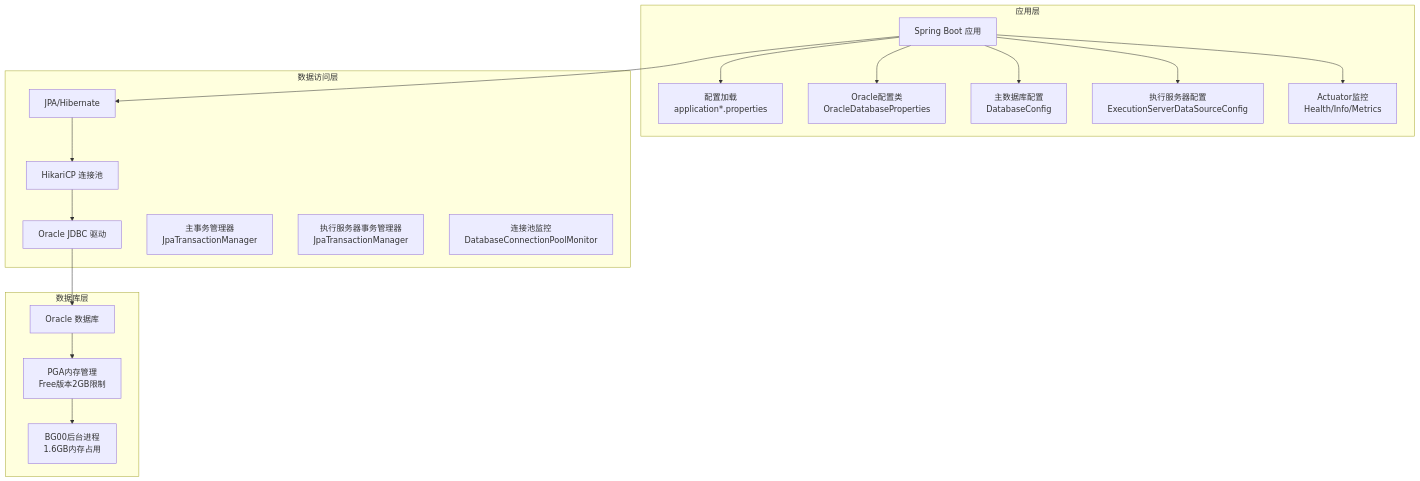
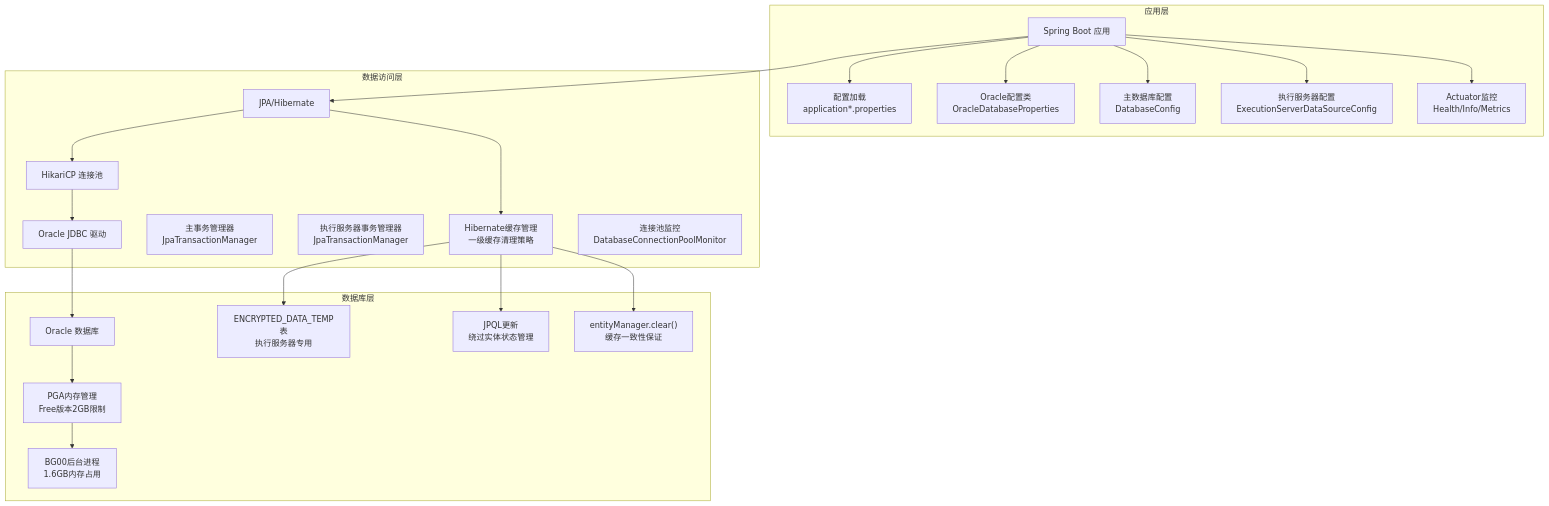
Before and after one commit to liuzh2008/med_ai_assistant_workspace: the second of 4 diagrams in .qoder/repowiki/zh/content/配置管理/数据库配置.md, drawn with Mermaid. The commit also changed other lines of this file and 5 other files, not shown here.

````diff
--- a/.qoder/repowiki/zh/content/配置管理/数据库配置.md
+++ b/.qoder/repowiki/zh/content/配置管理/数据库配置.md
@@ -144,35 +167,43 @@
 ```mermaid
 graph TB
 subgraph "应用层"
 APP["Spring Boot 应用"]
 CFG["配置加载<br/>application*.properties"]
 ORACLE_CFG["Oracle配置类<br/>OracleDatabaseProperties"]
 DB_CONFIG["主数据库配置<br/>DatabaseConfig"]
 EXEC_CONFIG["执行服务器配置<br/>ExecutionServerDataSourceConfig"]
 ENDPOINT["Actuator监控<br/>Health/Info/Metrics"]
 end
 subgraph "数据访问层"
 JPA["JPA/Hibernate"]
 HIK["HikariCP 连接池"]
 DRV["Oracle JDBC 驱动"]
 TXN_MAIN["主事务管理器<br/>JpaTransactionManager"]
 TXN_EXEC["执行服务器事务管理器<br/>JpaTransactionManager"]
+CACHE["Hibernate缓存管理<br/>一级缓存清理策略"]
 MONITOR["连接池监控<br/>DatabaseConnectionPoolMonitor"]
 end
 subgraph "数据库层"
 ORA["Oracle 数据库"]
 PGA["PGA内存管理<br/>Free版本2GB限制"]
 BG00["BG00后台进程<br/>1.6GB内存占用"]
+ENDPOINT2["ENCRYPTED_DATA_TEMP表<br/>执行服务器专用"]
+ENDPOINT3["JPQL更新<br/>绕过实体状态管理"]
+ENDPOINT4["entityManager.clear()<br/>缓存一致性保证"]
 end
 APP --> CFG
 APP --> ORACLE_CFG
 APP --> DB_CONFIG
 APP --> EXEC_CONFIG
 APP --> ENDPOINT
 APP --> JPA
 JPA --> HIK
 HIK --> DRV
 DRV --> ORA
 ORA --> PGA
 PGA --> BG00
+JPA --> CACHE
+CACHE --> ENDPOINT4
+CACHE --> ENDPOINT3
+CACHE --> ENDPOINT2
 ```
````
